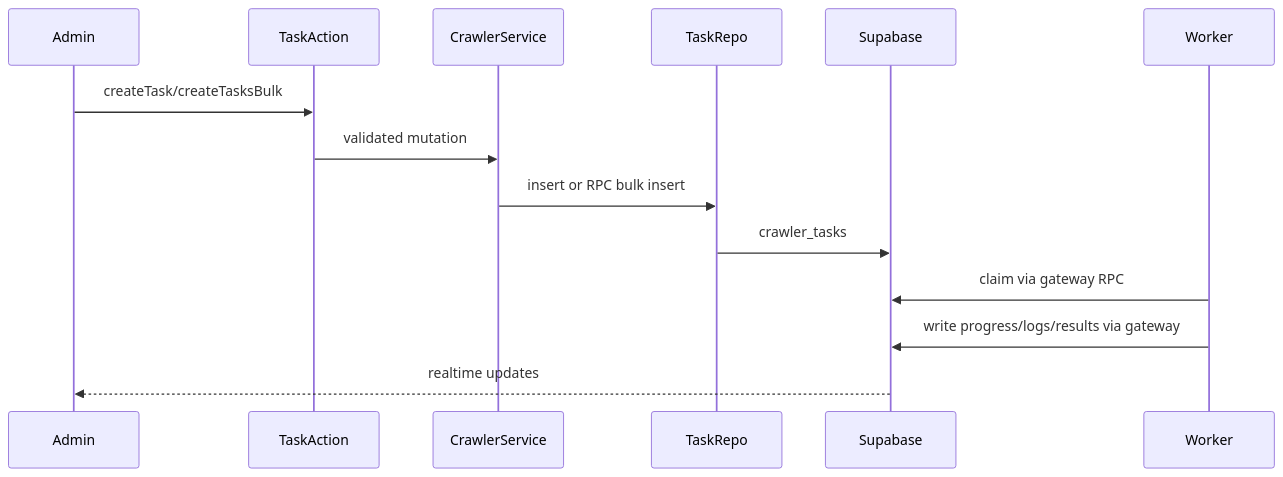
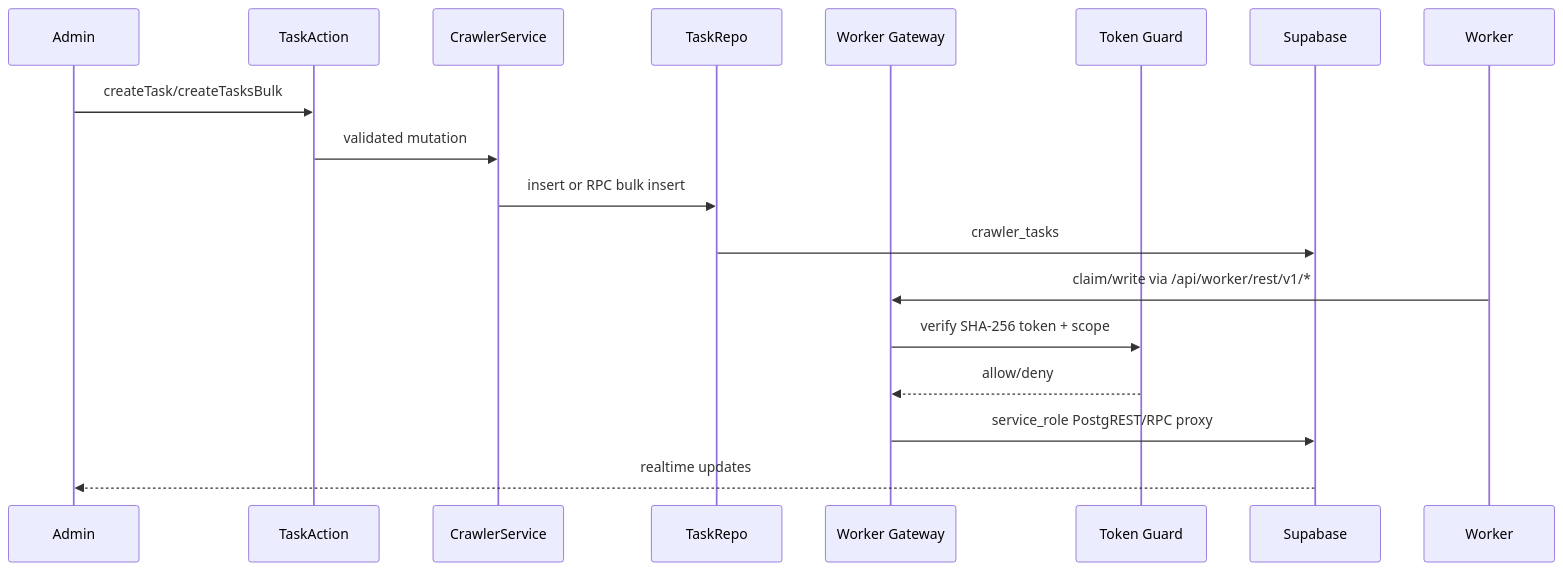
The seventh of 9 diagrams in .agents/docs/ARCHITECTURE.md (daclong120-del/creative-lutech), drawn with Mermaid before and after one commit. The commit also changed other lines of this file, not shown here.

Commit message:
docs: add project architectural documentation including system overview and tech stack details

````diff
--- a/.agents/docs/ARCHITECTURE.md
+++ b/.agents/docs/ARCHITECTURE.md
@@ -403,16 +442,20 @@
 ```mermaid
 sequenceDiagram
     participant Admin
     participant TaskAction
     participant CrawlerService
     participant TaskRepo
+    participant Gateway as Worker Gateway
+    participant Guard as Token Guard
     participant Supabase
     participant Worker
     Admin->>TaskAction: createTask/createTasksBulk
     TaskAction->>CrawlerService: validated mutation
     CrawlerService->>TaskRepo: insert or RPC bulk insert
     TaskRepo->>Supabase: crawler_tasks
-    Worker->>Supabase: claim via gateway RPC
-    Worker->>Supabase: write progress/logs/results via gateway
+    Worker->>Gateway: claim/write via /api/worker/rest/v1/*
+    Gateway->>Guard: verify SHA-256 token + scope
+    Guard-->>Gateway: allow/deny
+    Gateway->>Supabase: service_role PostgREST/RPC proxy
     Supabase-->>Admin: realtime updates
 ```
````
